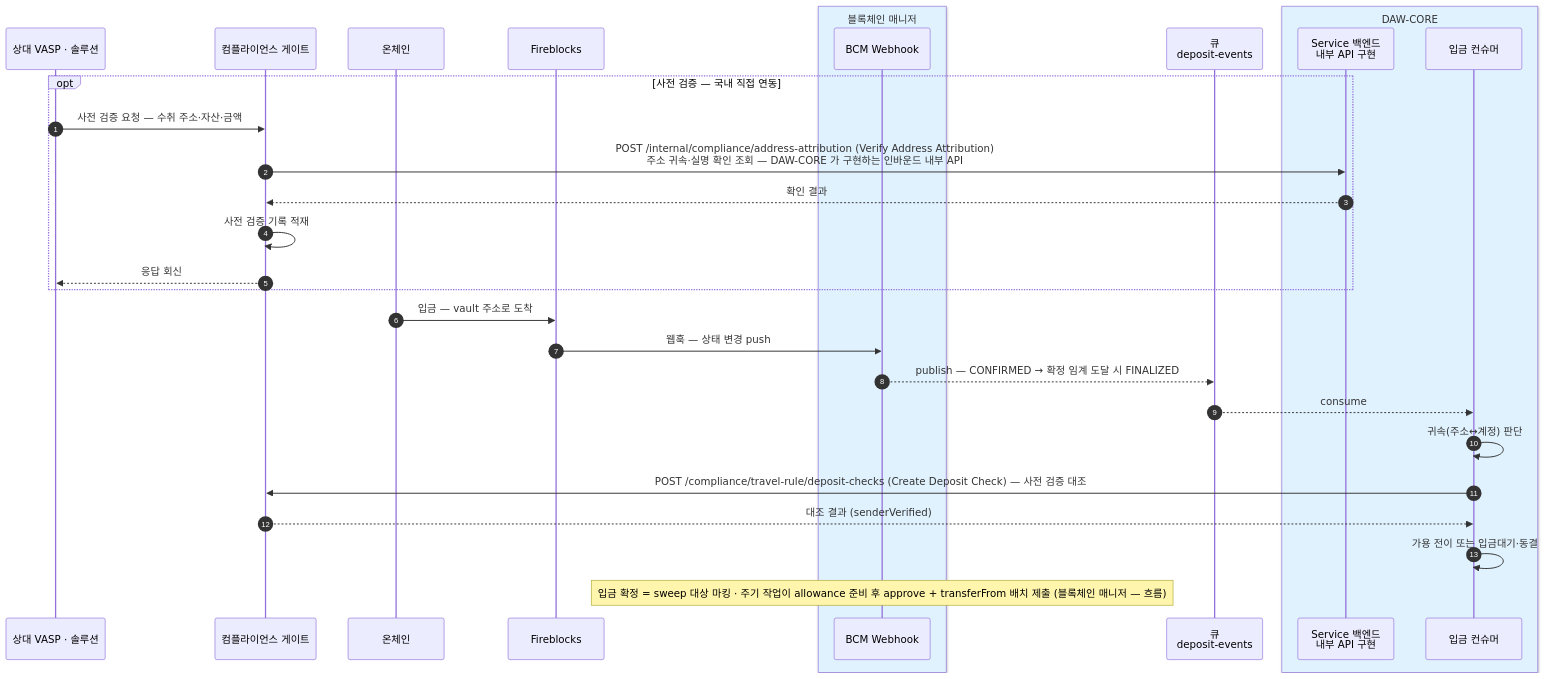
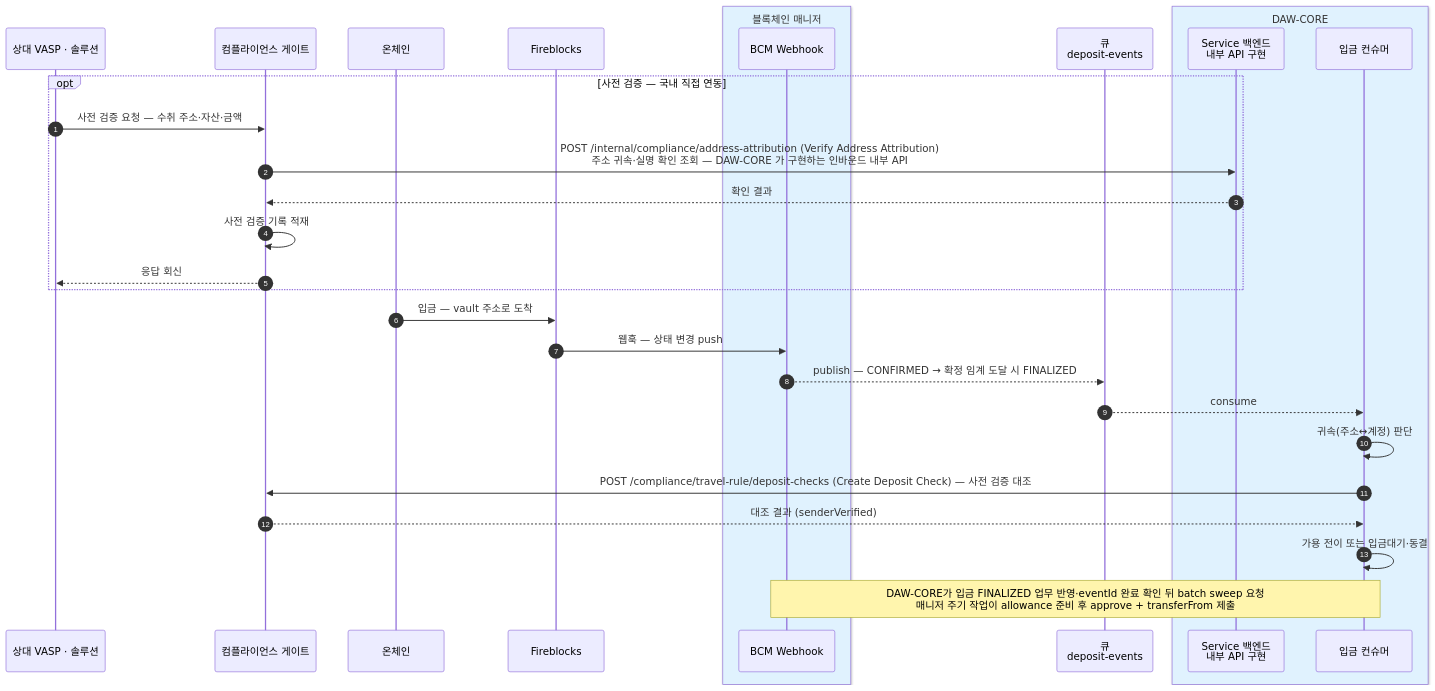
One commit to eunsujeo/fireblocks-test changed the fourth of 4 diagrams in docs/design/01-infra.md. Above: the diagram before and after it, drawn with Mermaid. The commit also changed other lines of this file and 108 other files, not shown here.

````diff
--- a/docs/design/01-infra.md
+++ b/docs/design/01-infra.md
@@ -227,33 +230,33 @@
 ```mermaid
 sequenceDiagram
     autonumber
     participant NET as 상대 VASP · 솔루션
     participant CP as 컴플라이언스 게이트
     participant CH as 온체인
     participant FB as Fireblocks
     box rgb(224,242,254) 블록체인 매니저
     participant WH as BCM Webhook
     end
     participant MQ as 큐<br/>deposit-events
     box rgb(224,242,254) DAW-CORE
     participant SVC as Service 백엔드<br/>내부 API 구현
     participant BE as 입금 컨슈머
     end
 
     opt 사전 검증 — 국내 직접 연동
         NET->>CP: 사전 검증 요청 — 수취 주소·자산·금액
         CP->>SVC: POST /internal/compliance/address-attribution (Verify Address Attribution)<br/>주소 귀속·실명 확인 조회 — DAW-CORE 가 구현하는 인바운드 내부 API
         SVC-->>CP: 확인 결과
         CP->>CP: 사전 검증 기록 적재
         CP-->>NET: 응답 회신
     end
     CH->>FB: 입금 — vault 주소로 도착
     FB->>WH: 웹훅 — 상태 변경 push
     WH-->>MQ: publish — CONFIRMED → 확정 임계 도달 시 FINALIZED
     MQ-->>BE: consume
     BE->>BE: 귀속(주소↔계정) 판단
     BE->>CP: POST /compliance/travel-rule/deposit-checks (Create Deposit Check) — 사전 검증 대조
     CP-->>BE: 대조 결과 (senderVerified)
     BE->>BE: 가용 전이 또는 입금대기·동결
-    Note over WH: 입금 확정 = sweep 대상 마킹 · 주기 작업이 allowance 준비 후 approve + transferFrom 배치 제출 (블록체인 매니저 — 흐름)
+    Note over BE,WH: DAW-CORE가 입금 FINALIZED 업무 반영·eventId 완료 확인 뒤 batch sweep 요청<br/>매니저 주기 작업이 allowance 준비 후 approve + transferFrom 제출
 ```
````
